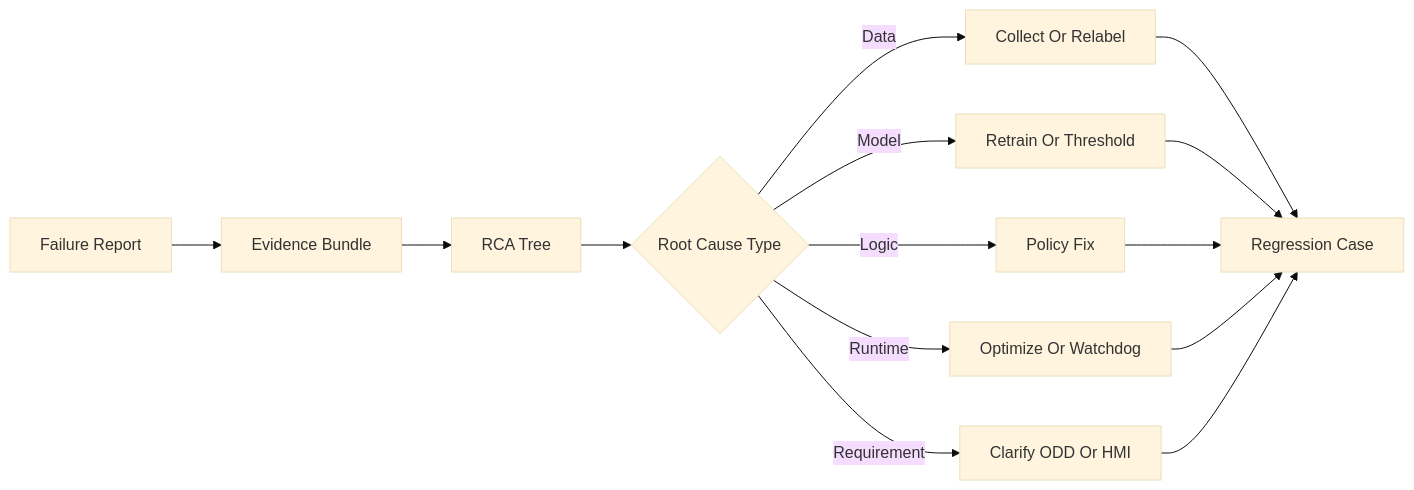
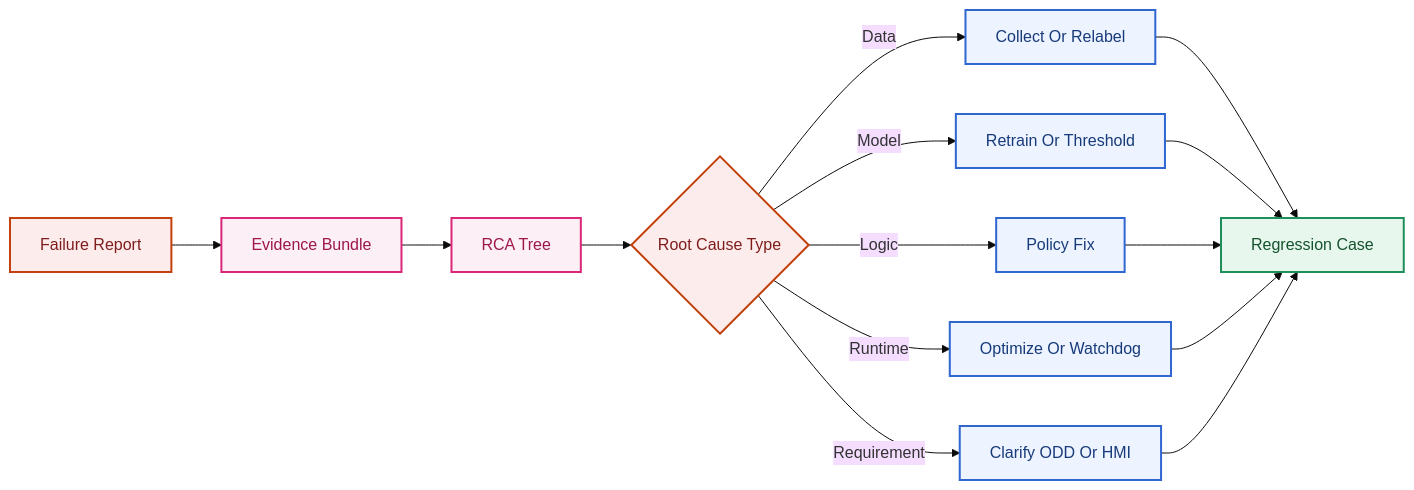
Before and after one commit to LeNguyenHaiDuong/adas-tsr: the seventh of 11 diagrams in research/2.research_tsr_baseline_analysis.md, drawn with Mermaid (base theme). The commit also changed other lines of this file and 5 other files, not shown here.

Commit message:
Add mermaid color

````diff
--- a/research/2.research_tsr_baseline_analysis.md
+++ b/research/2.research_tsr_baseline_analysis.md
@@ -484,16 +565,26 @@
 ```mermaid
 flowchart LR
     A[Failure Report] --> B[Evidence Bundle]
     B --> C[RCA Tree]
     C --> D{Root Cause Type}
     D -->|Data| E[Collect Or Relabel]
     D -->|Model| F[Retrain Or Threshold]
     D -->|Logic| G[Policy Fix]
     D -->|Runtime| H[Optimize Or Watchdog]
     D -->|Requirement| I[Clarify ODD Or HMI]
     E --> J[Regression Case]
     F --> J
     G --> J
     H --> J
     I --> J
+
+    classDef risk fill:#FDECEC,stroke:#C2410C,color:#7F1D1D,stroke-width:2px;
+    classDef support fill:#FCEFF5,stroke:#DB2777,color:#9D174D,stroke-width:2px;
+    classDef decision fill:#FFF1E0,stroke:#D97706,color:#7C2D12,stroke-width:2px;
+    classDef feature fill:#EDF3FF,stroke:#2F66D0,color:#173B7A,stroke-width:2px;
+    classDef integration fill:#E8F7EE,stroke:#1E8E5A,color:#14532D,stroke-width:2px;
+    class A,D risk;
+    class B,C support;
+    class E,F,G,H,I feature;
+    class J integration;
 ```
````
